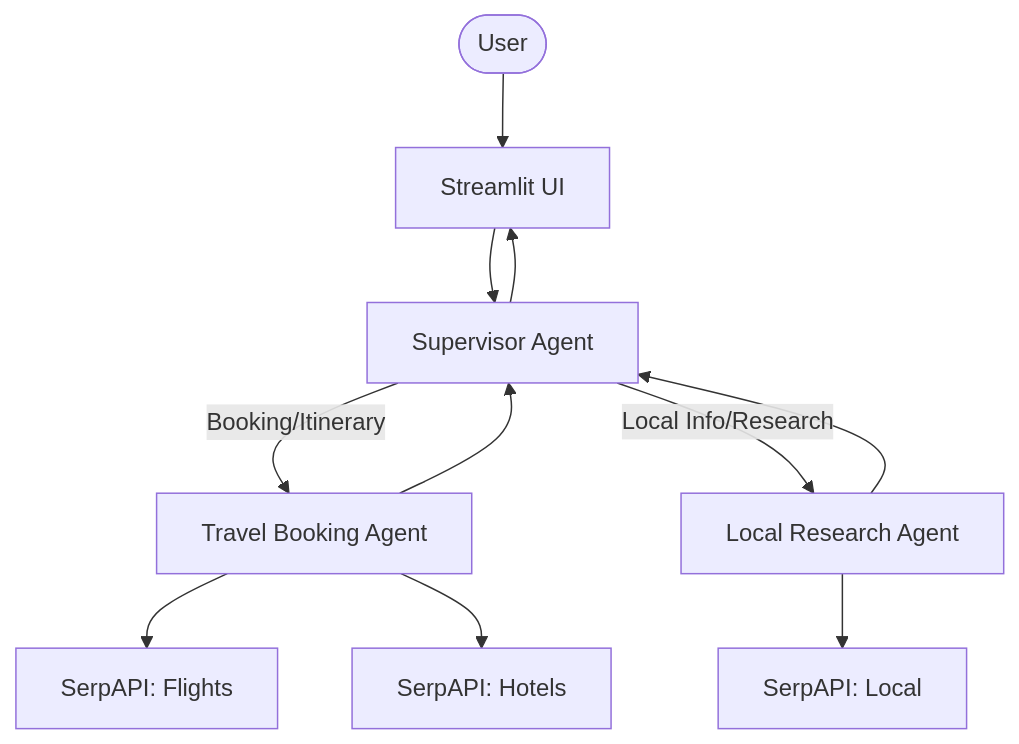
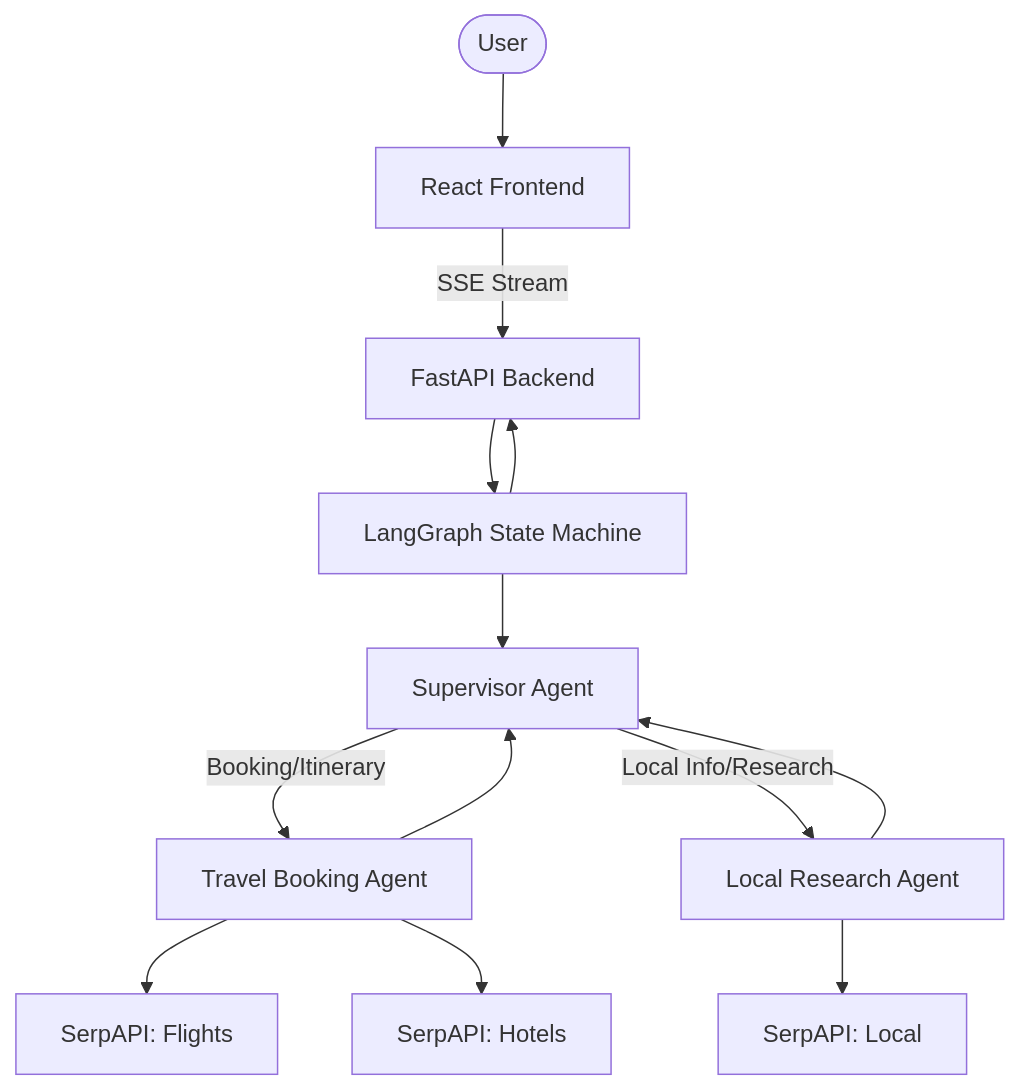
The diagram in README.md (Subhankar03/Travel-Planner), drawn with Mermaid before and after one commit. The commit also changed other lines of this file and 6 other files, not shown here.

Commit message:
feat: migrate to FastAPI backend with LangGraph orchestration and SSE streaming support

````diff
--- a/README.md
+++ b/README.md
@@ -30,17 +30,19 @@
 ```mermaid
 flowchart TD
-    User([User]) --> Streamlit[Streamlit UI]
-    Streamlit --> Supervisor[Supervisor Agent]
+    User([User]) --> Frontend[React Frontend]
+    Frontend -->|SSE Stream| FastAPI[FastAPI Backend]
+    FastAPI --> LangGraph[LangGraph State Machine]
+    LangGraph --> Supervisor[Supervisor Agent]
   
     Supervisor -->|Booking/Itinerary| Booking[Travel Booking Agent]
     Supervisor -->|Local Info/Research| Research[Local Research Agent]
   
     Booking --> SerpFlights[SerpAPI: Flights]
     Booking --> SerpHotels[SerpAPI: Hotels]
   
     Research --> SerpLocal[SerpAPI: Local]
   
     Booking --> Supervisor
     Research --> Supervisor
-    Supervisor --> Streamlit
+    LangGraph --> FastAPI
 ```
````
